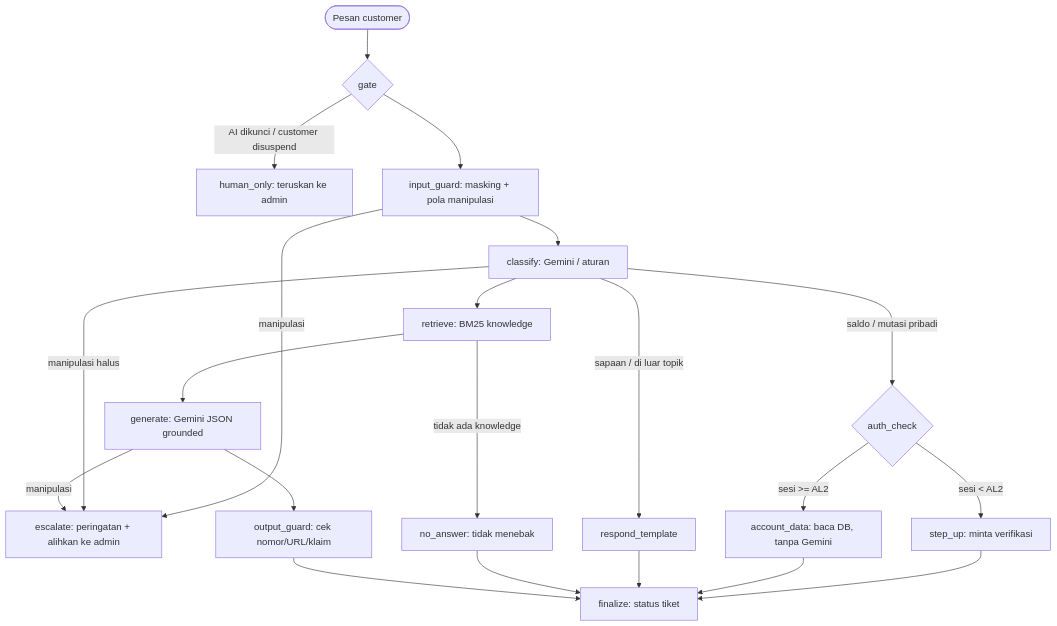
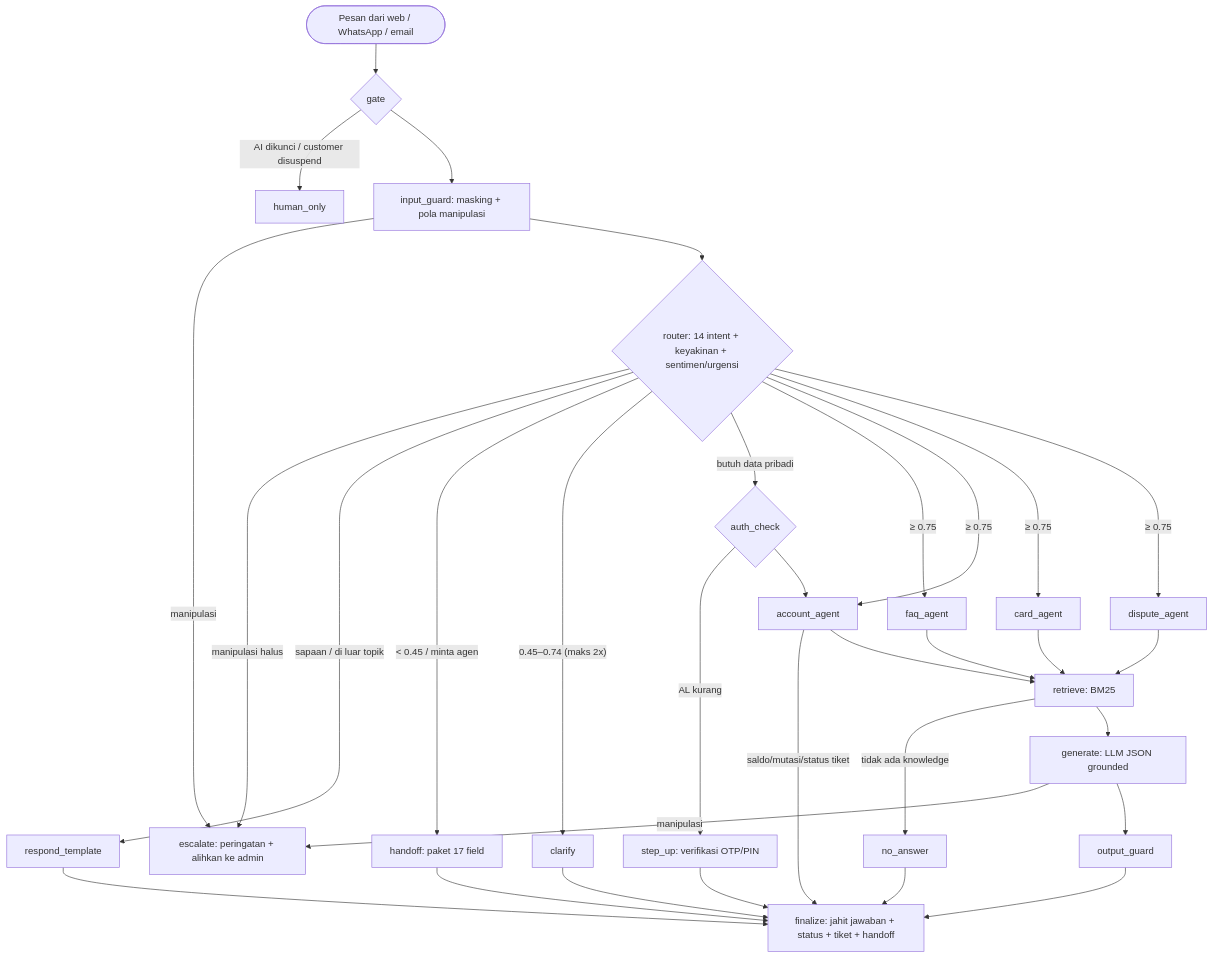
The diagram in VTEKI_Chatbot/README.md (raphaelfelio-ctrl/Capstone-03), drawn with Mermaid before and after one commit. The commit also changed other lines of this file and 3 other files, not shown here.

````diff
--- a/VTEKI_Chatbot/README.md
+++ b/VTEKI_Chatbot/README.md
@@ -79,23 +118,31 @@
 ```mermaid
 flowchart TD
-    S([Pesan customer]) --> G{gate}
-    G -- AI dikunci / customer disuspend --> H[human_only: teruskan ke admin]
+    S([Pesan dari web / WhatsApp / email]) --> G{gate}
+    G -- AI dikunci / customer disuspend --> H[human_only]
     G --> IG[input_guard: masking + pola manipulasi]
     IG -- manipulasi --> E[escalate: peringatan + alihkan ke admin]
-    IG --> C[classify: Gemini / aturan]
-    C -- manipulasi halus --> E
-    C -- sapaan / di luar topik --> T[respond_template]
-    C -- saldo / mutasi pribadi --> AC{auth_check}
-    AC -- sesi < AL2 --> SU[step_up: minta verifikasi]
-    AC -- sesi >= AL2 --> AD[account_data: baca DB, tanpa Gemini]
+    IG --> R{router: 14 intent + keyakinan + sentimen/urgensi}
+    R -- manipulasi halus --> E
+    R -- sapaan / di luar topik --> T[respond_template]
+    R -- "< 0.45 / minta agen" --> HO[handoff: paket 17 field]
+    R -- "0.45–0.74 (maks 2x)" --> CL[clarify]
+    R -- butuh data pribadi --> AC{auth_check}
+    AC -- AL kurang --> SU[step_up: verifikasi OTP/PIN]
+    AC --> ACC
+    R -- "≥ 0.75" --> FAQ[faq_agent] & ACC[account_agent] & CARD[card_agent] & DSP[dispute_agent]
+    ACC -- saldo/mutasi/status tiket --> F
+    FAQ --> RT[retrieve: BM25]
+    ACC --> RT
+    CARD --> RT
+    DSP --> RT
+    RT -- tidak ada knowledge --> N[no_answer]
+    RT --> GEN[generate: LLM JSON grounded]
+    GEN -- manipulasi --> E
+    GEN --> OG[output_guard]
+    T --> F[finalize: jahit jawaban + status + tiket + handoff]
+    HO --> F
+    CL --> F
     SU --> F
-    AD --> F
-    C --> R[retrieve: BM25 knowledge]
-    R -- tidak ada knowledge --> N[no_answer: tidak menebak]
-    R --> GEN[generate: Gemini JSON grounded]
-    GEN -- manipulasi --> E
-    GEN --> OG[output_guard: cek nomor/URL/klaim]
-    T --> F[finalize: status tiket]
     N --> F
     OG --> F
 ```
````
